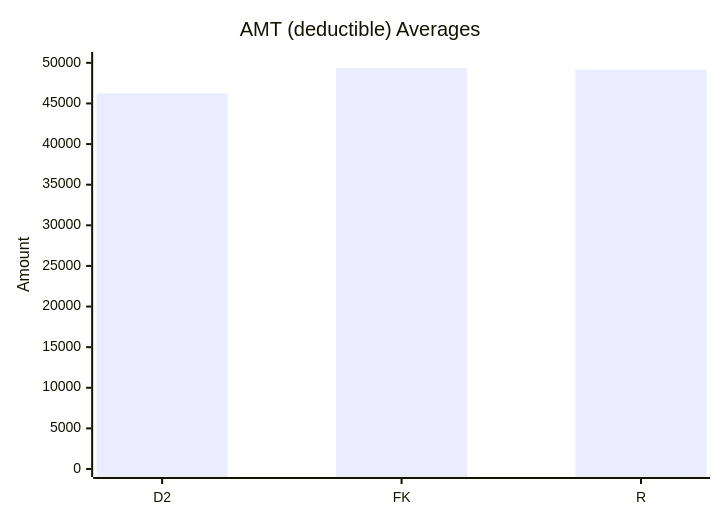
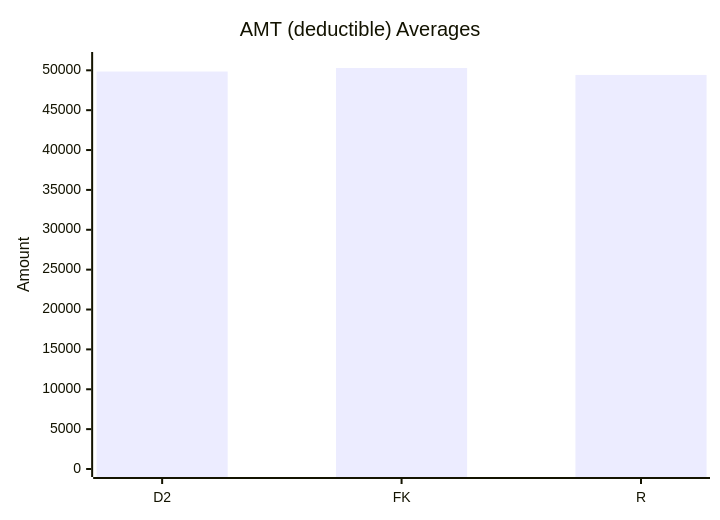
One commit to dhagan-va/intern-2025 changed the ninth of 10 diagrams in test-tools/DataGen/src/Statistics_Visualizer.md. Above: the diagram before and after it, drawn with Mermaid. The commit also changed other lines of this file and 12 other files, not shown here.

````diff
--- a/test-tools/DataGen/src/Statistics_Visualizer.md
+++ b/test-tools/DataGen/src/Statistics_Visualizer.md
@@ -96,7 +96,7 @@
 ```mermaid
 xychart-beta
     title "AMT (deductible) Averages"
     x-axis ["D2", "FK", "R"]
-    y-axis "Amount" 0 --> 50350.22080000001
-    bar [46243.449333333345, 49350.22080000001, 49166.688966666676]
+    y-axis "Amount" 0 --> 51291.69823920268
+    bar [49849.246112956804, 50291.69823920268, 49418.41229235879]
 ```
````
